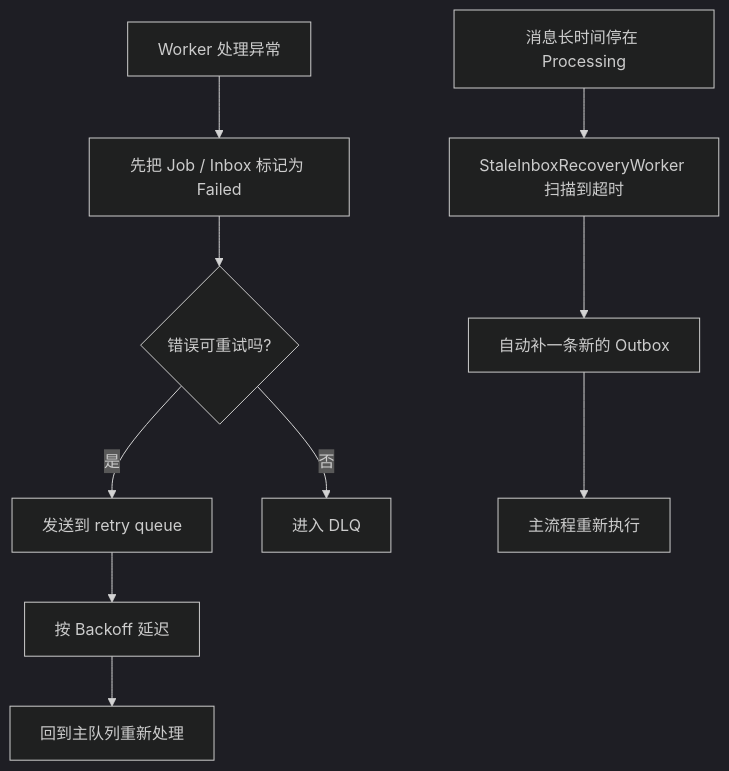
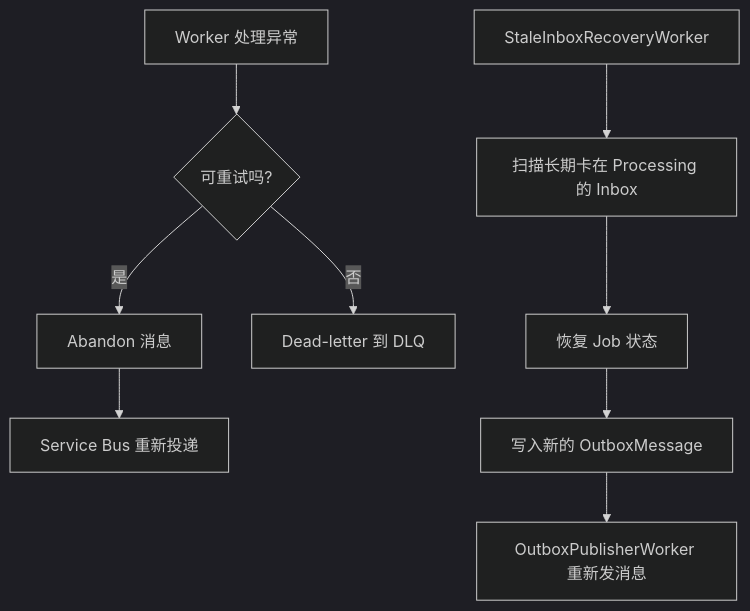
The fourth of 4 diagrams in docs/system-flow.md (haoyucheng369-gif/DocFlowCloud), drawn with Mermaid (dark theme) before and after one commit. The commit also changed other lines of this file and 7 other files, not shown here.

Commit message:
Refresh docs and testbed config for Key Vault and Service Bus

````diff
--- a/docs/system-flow.md
+++ b/docs/system-flow.md
@@ -80,12 +77,11 @@
 ```mermaid
 flowchart TD
-    A[Worker 处理异常] --> B[先把 Job / Inbox 标记为 Failed]
-    B --> C{错误可重试吗?}
-    C -->|是| D[发送到 retry queue]
-    D --> E[按 Backoff 延迟]
-    E --> F[回到主队列重新处理]
-    C -->|否| G[进入 DLQ]
-    H[消息长时间停在 Processing] --> I[StaleInboxRecoveryWorker 扫描到超时]
-    I --> J[自动补一条新的 Outbox]
-    J --> K[主流程重新执行]
+    A[Worker 处理异常] --> B{可重试吗?}
+    B -->|是| C[Abandon 消息]
+    C --> D[Service Bus 重新投递]
+    B -->|否| E[Dead-letter 到 DLQ]
+    F[StaleInboxRecoveryWorker] --> G[扫描长期卡在 Processing 的 Inbox]
+    G --> H[恢复 Job 状态]
+    H --> I[写入新的 OutboxMessage]
+    I --> J[OutboxPublisherWorker 重新发消息]
 ```
````
